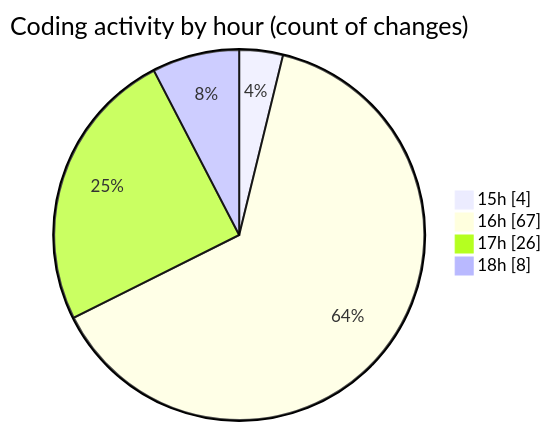
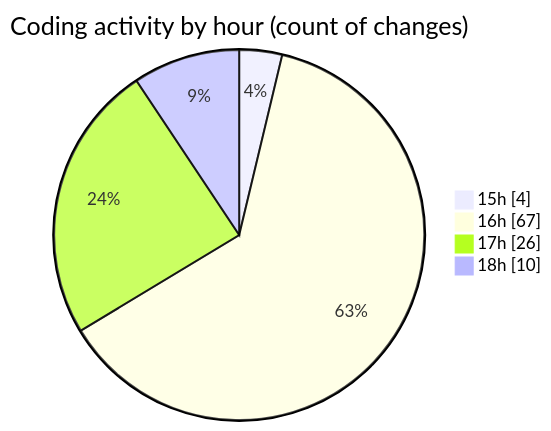
The second of 2 diagrams in 2025-05-26/zip_file/README.md (Ritupan-Deka/code-tracking), drawn with Mermaid before and after one commit. The commit also changed other lines of this file and 1 other file, not shown here.

````diff
--- a/2025-05-26/zip_file/README.md
+++ b/2025-05-26/zip_file/README.md
@@ -40,8 +40,8 @@
 ```mermaid
 pie showData
 title Coding activity by hour (count of changes)
 "15h" : 4
 "16h" : 67
 "17h" : 26
-"18h" : 8
+"18h" : 10
 ```
````
